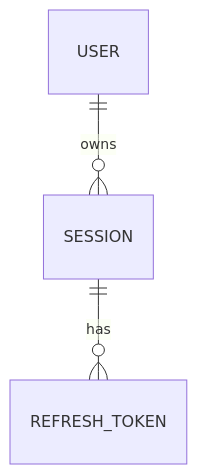
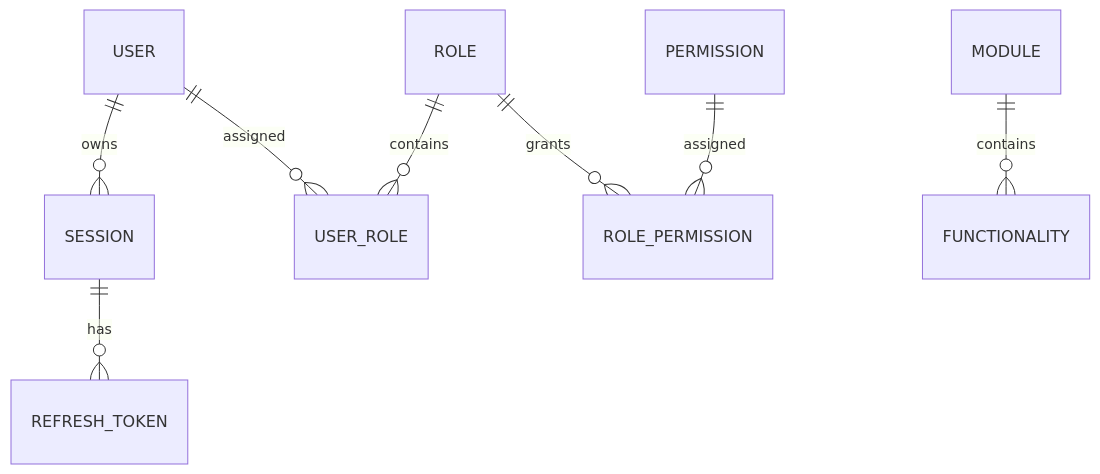
The third of 30 diagrams in docs/050_BaseDatos.md (chirijose79-ui/Chiri), drawn with Mermaid before and after one commit. The commit also changed other lines of this file, not shown here.

Commit message:
docs(database): finalize PostgreSQL architecture

````diff
--- a/docs/050_BaseDatos.md
+++ b/docs/050_BaseDatos.md
@@ -361,5 +450,17 @@
-```mermaid id="7m2q5x"
+```mermaid
 erDiagram
+
     USER ||--o{ SESSION : owns
+
     SESSION ||--o{ REFRESH_TOKEN : has
+
+    USER ||--o{ USER_ROLE : assigned
+
+    ROLE ||--o{ USER_ROLE : contains
+
+    ROLE ||--o{ ROLE_PERMISSION : grants
+
+    PERMISSION ||--o{ ROLE_PERMISSION : assigned
+
+    MODULE ||--o{ FUNCTIONALITY : contains
 ```
````
